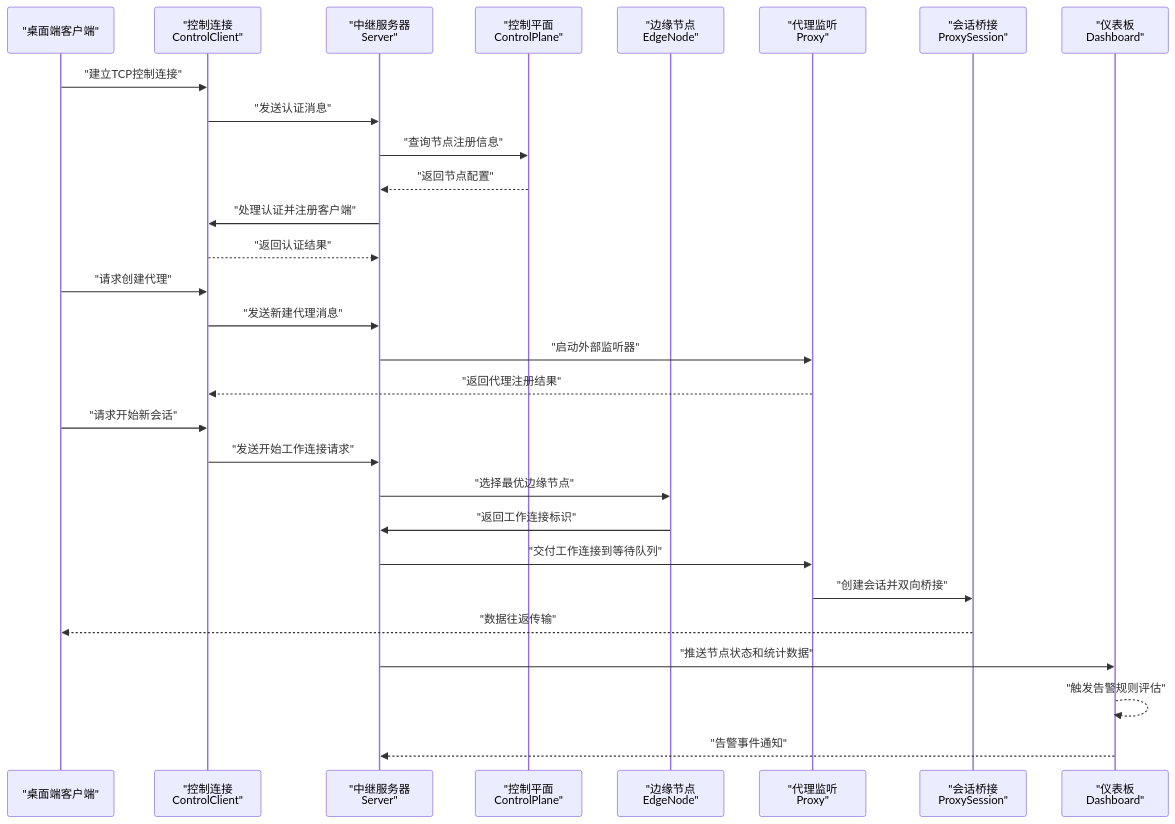
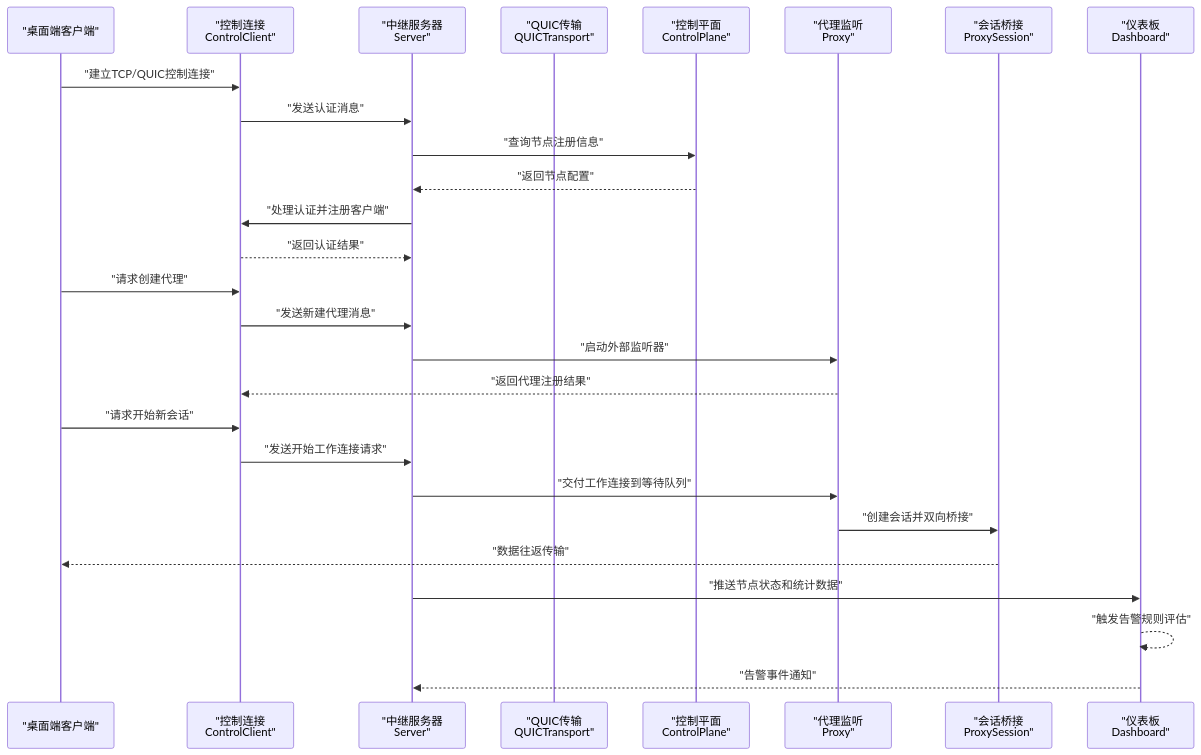
Before and after one commit to itsharex/NexTunnel: the second of 9 diagrams in .qoder/repowiki/zh/content/服务端架构/服务端架构.md, drawn with Mermaid. The commit also changed other lines of this file and 38 other files, not shown here.

````diff
--- a/.qoder/repowiki/zh/content/服务端架构/服务端架构.md
+++ b/.qoder/repowiki/zh/content/服务端架构/服务端架构.md
@@ -198,31 +131,29 @@
 ```mermaid
 sequenceDiagram
 participant Client as "桌面端客户端"
 participant Ctrl as "控制连接<br/>ControlClient"
 participant Srv as "中继服务器<br/>Server"
+participant QUIC as "QUIC传输<br/>QUICTransport"
 participant CP as "控制平面<br/>ControlPlane"
-participant Edge as "边缘节点<br/>EdgeNode"
 participant Proxy as "代理监听<br/>Proxy"
 participant Session as "会话桥接<br/>ProxySession"
 participant Dash as "仪表板<br/>Dashboard"
-Client->>Ctrl : "建立TCP控制连接"
+Client->>Ctrl : "建立TCP/QUIC控制连接"
 Ctrl->>Srv : "发送认证消息"
 Srv->>CP : "查询节点注册信息"
 CP-->>Srv : "返回节点配置"
 Srv->>Ctrl : "处理认证并注册客户端"
 Ctrl-->>Srv : "返回认证结果"
 Client->>Ctrl : "请求创建代理"
 Ctrl->>Srv : "发送新建代理消息"
 Srv->>Proxy : "启动外部监听器"
 Proxy-->>Ctrl : "返回代理注册结果"
 Client->>Ctrl : "请求开始新会话"
 Ctrl->>Srv : "发送开始工作连接请求"
-Srv->>Edge : "选择最优边缘节点"
-Edge->>Srv : "返回工作连接标识"
 Srv->>Proxy : "交付工作连接到等待队列"
 Proxy->>Session : "创建会话并双向桥接"
 Session-->>Client : "数据往返传输"
 Srv->>Dash : "推送节点状态和统计数据"
 Dash-->>Dash : "触发告警规则评估"
 Dash-->>Srv : "告警事件通知"
 ```
````
